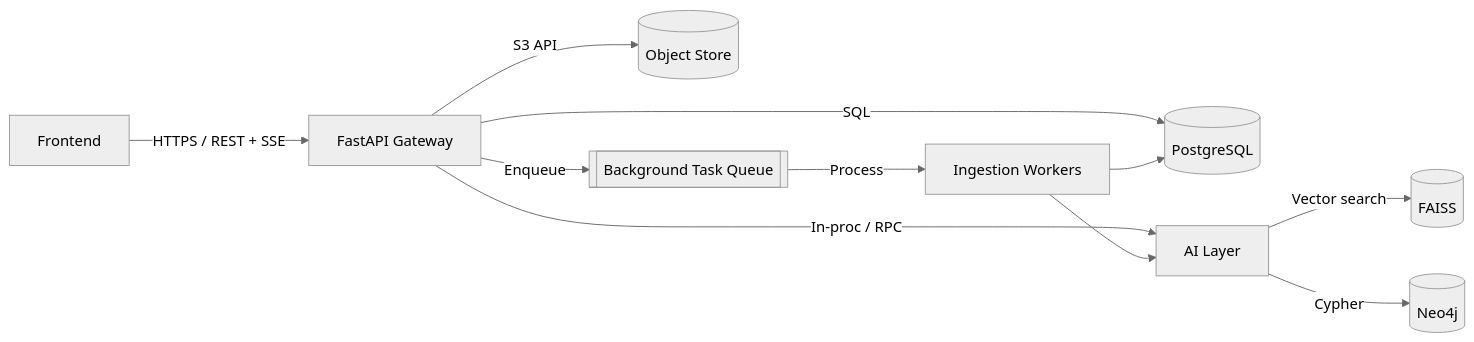
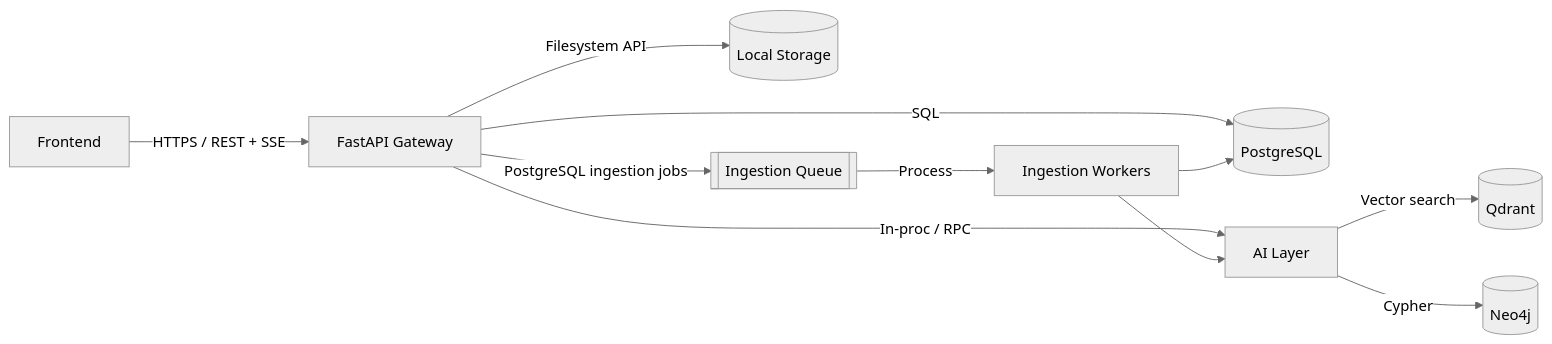
Before and after one commit to pratapVansh/TRACE: the third of 10 diagrams in docs/03_SYSTEM_ARCHITECTURE.md, drawn with Mermaid (neutral theme). The commit also changed other lines of this file and 60 other files, not shown here.

````diff
--- a/docs/03_SYSTEM_ARCHITECTURE.md
+++ b/docs/03_SYSTEM_ARCHITECTURE.md
@@ -187,13 +193,13 @@
 ```mermaid
 flowchart LR
     FE["Frontend"] -->|HTTPS / REST + SSE| API["FastAPI Gateway"]
     API -->|SQL| PG[("PostgreSQL")]
     API -->|In-proc / RPC| AI["AI Layer"]
-    AI -->|Vector search| VEC[("FAISS")]
+    AI -->|Vector search| VEC[("Qdrant")]
     AI -->|Cypher| NEO[("Neo4j")]
-    API -->|S3 API| OBJ[("Object Store")]
-    API -->|Enqueue| Q[["Background Task Queue"]]
+    API -->|Filesystem API| OBJ[("Local Storage")]
+    API -->|PostgreSQL ingestion jobs| Q[["Ingestion Queue"]]
     Q -->|Process| WORK["Ingestion Workers"]
     WORK --> AI
     WORK --> PG
 ```
````
